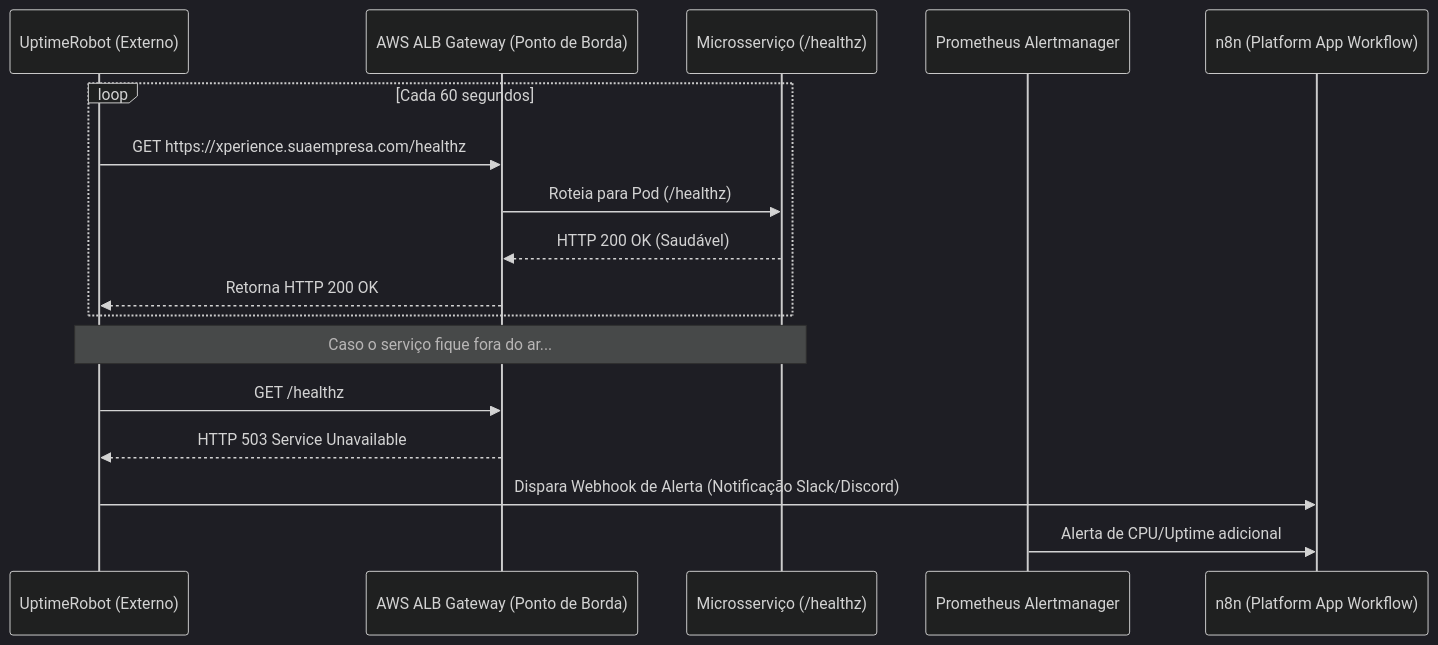
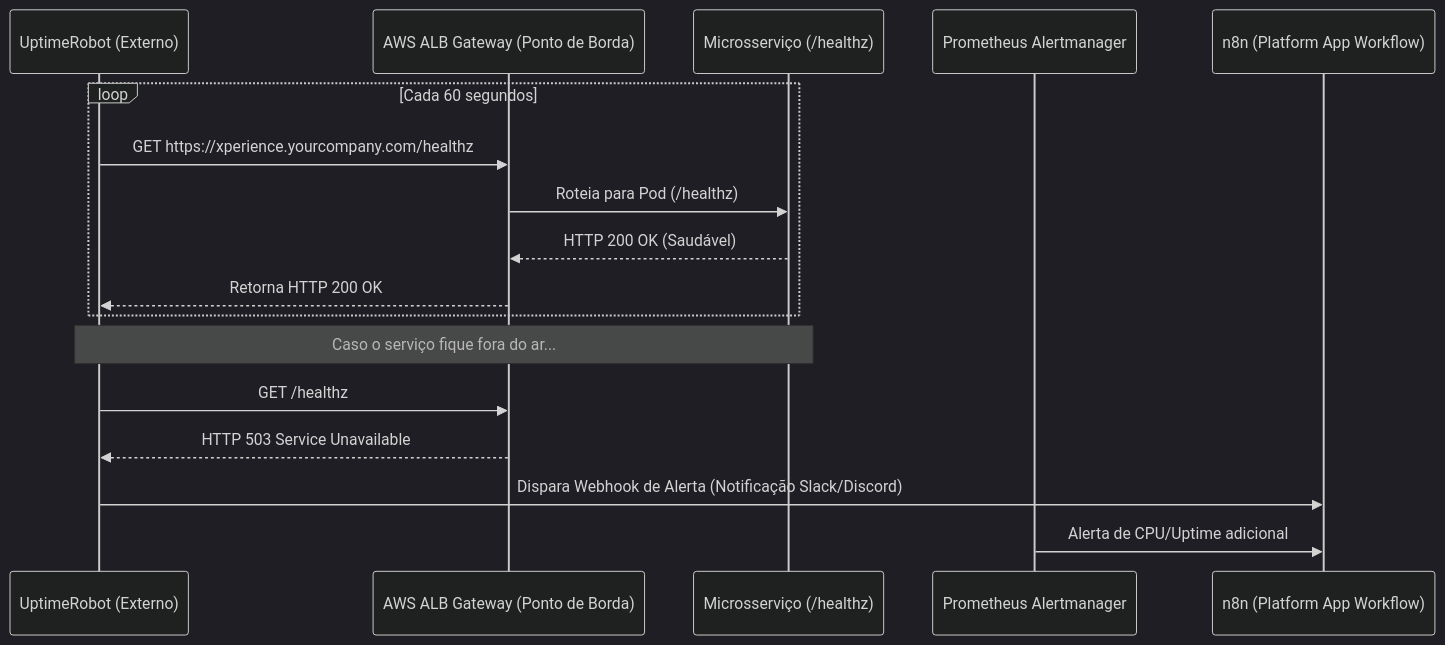
Before and after one commit to govinda777/template-cluster-kubernetes-ci-cd: the second of 5 diagrams in README.md, drawn with Mermaid (dark theme). The commit also changed other lines of this file and 11 other files, not shown here.

````diff
--- a/README.md
+++ b/README.md
@@ -355,21 +355,21 @@
 ```mermaid
 sequenceDiagram
     participant UR as UptimeRobot (Externo)
     participant GW as AWS ALB Gateway (Ponto de Borda)
     participant APP as Microsserviço (/healthz)
     participant AM as Prometheus Alertmanager
     participant N8N as n8n (Platform App Workflow)
 
     loop Cada 60 segundos
-        UR->>GW: GET https://xperience.suaempresa.com/healthz
+        UR->>GW: GET https://xperience.yourcompany.com/healthz
         GW->>APP: Roteia para Pod (/healthz)
         APP-->>GW: HTTP 200 OK (Saudável)
         GW-->>UR: Retorna HTTP 200 OK
     end
 
     Note over APP,UR: Caso o serviço fique fora do ar...
     UR->>GW: GET /healthz
     GW-->>UR: HTTP 503 Service Unavailable
     UR->>N8N: Dispara Webhook de Alerta (Notificação Slack/Discord)
     AM->>N8N: Alerta de CPU/Uptime adicional
 ```
````
